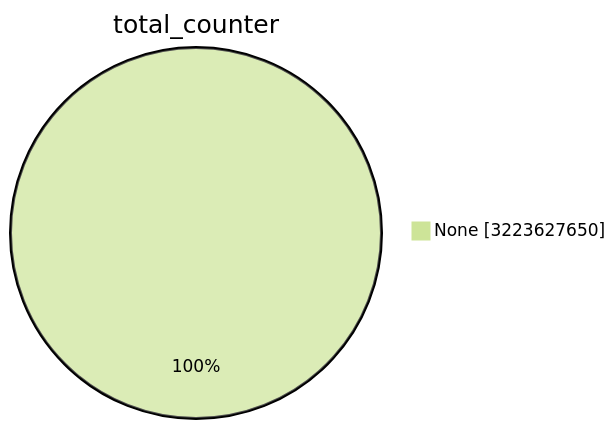
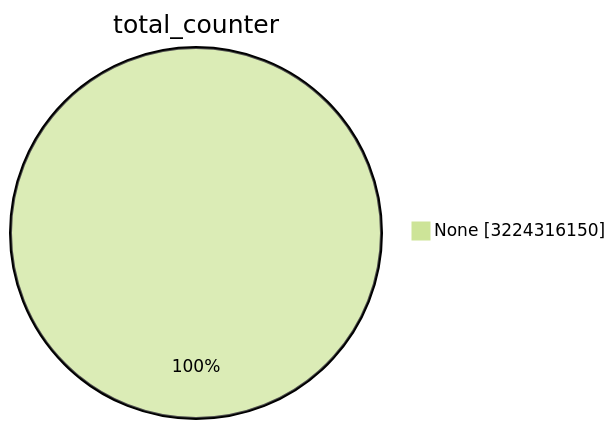
One commit to christiankrug/ctmonitor_visualization changed the first of 15 diagrams in TOTAL/README.md. Above: the diagram before and after it, drawn with Mermaid (forest theme). The commit also changed other lines of this file, not shown here.

````diff
--- a/TOTAL/README.md
+++ b/TOTAL/README.md
@@ -1,5 +1,5 @@
 ```mermaid
 pie showData
 title total_counter
-"None" :3223627650
+"None" :3224316150
 ```
````
